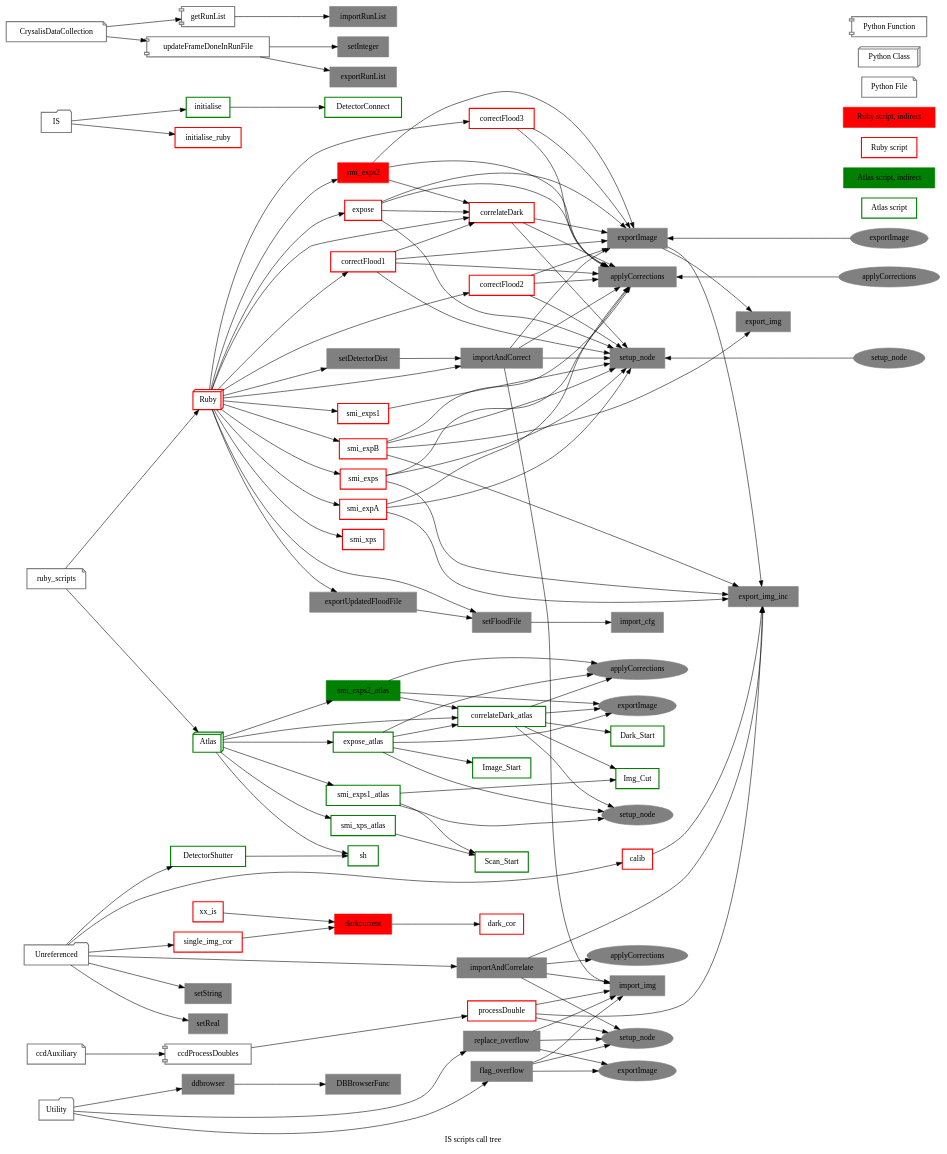
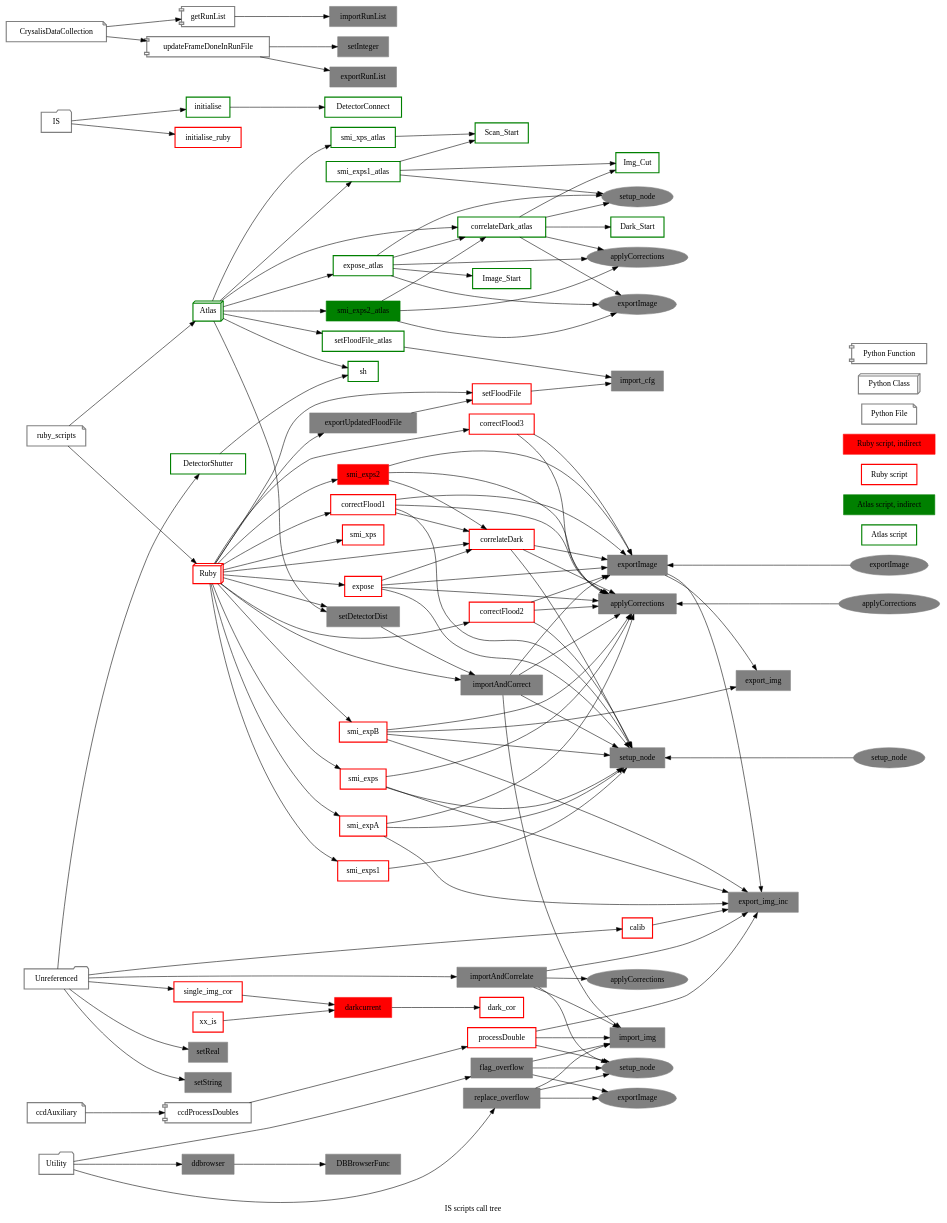
One commit to openGDA/gda-diamond changed the diagram in i15/CrysalisScripts/doc/IS-script-calls.gv. Above: the diagram before and after it, drawn with Graphviz. The commit also changed 2 other files, not shown here.

Commit message:
[ Merge of r42628 from 8.14 to trunk]  CONFIG I15 - Add expose, flood file & detector dist support; Fix RCP plotting. [Original author:Mark Booth <Mark.Booth@diamond.ac.uk>]
Also update the IS script calls graph.

```diff
--- a/i15/CrysalisScripts/doc/IS-script-calls.gv
+++ b/i15/CrysalisScripts/doc/IS-script-calls.gv
@@ -23,6 +23,8 @@
   Atlas				[shape=box3d style=bold color=green];
   Ruby				[shape=box3d style=bold color=red];
 
+  Atlas -> setDetectorDist
+  Atlas -> setFloodFile_atlas
   Atlas -> expose_atlas 
   Atlas -> smi_exps1_atlas 
   Atlas -> smi_exps2_atlas
@@ -150,6 +152,8 @@
 
   setFloodFile -> import_cfg
 
+  setFloodFile_atlas -> import_cfg
+
   setDetectorDist -> importAndCorrect
 
   single_img_cor -> darkcurrent
@@ -190,6 +194,7 @@
   Img_Cut		[style=bold color=green]
   initialise		[style=bold color=green]
   sh			[style=bold color=green]
+  setFloodFile_atlas	[style=bold color=green]
 
 #   Contains "call Image_Start"
   expose_atlas		[style=bold color=green]
@@ -259,6 +264,10 @@
   smi_exps1       	[style=bold color=red]
   xx_is           	[style=bold color=red]
 
+#   Other Ruby specific scripts
+
+  setFloodFile    	[style=bold color=red]
+
 #   Ruby specific scripts called
 
   smi_exps2		[color=red]
```
